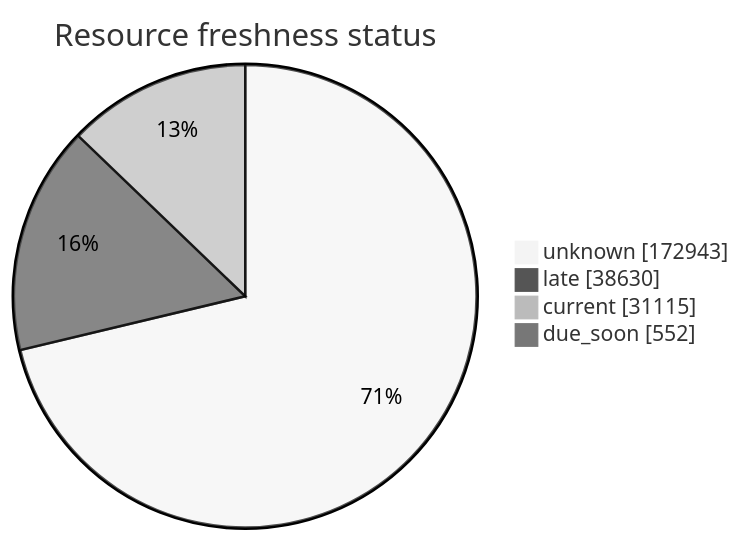
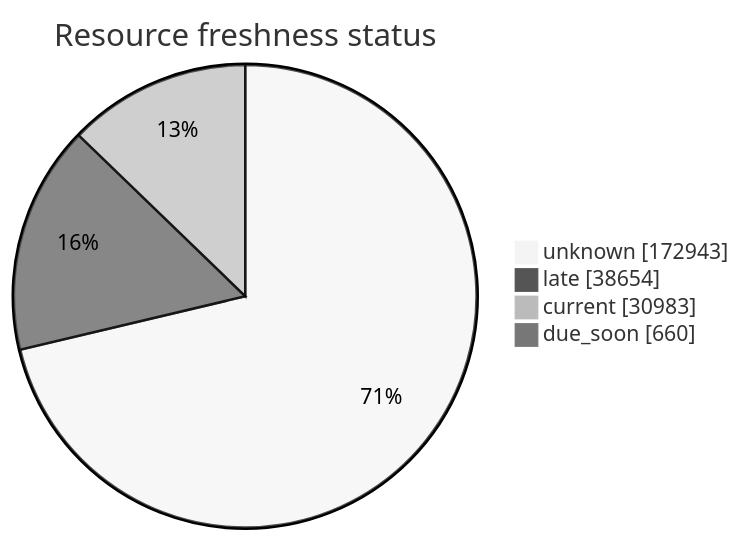
One commit to open-data/analytics-corporate-reporting changed the third of 5 diagrams in FreshCheck/README.md. Above: the diagram before and after it, drawn with Mermaid (neutral theme). The commit also changed other lines of this file and 3 other files, not shown here.

````diff
--- a/FreshCheck/README.md
+++ b/FreshCheck/README.md
@@ -77,7 +77,7 @@
 ```mermaid
 pie showData title Resource freshness status
     "unknown": 172943
-    "late": 38630
-    "current": 31115
-    "due_soon": 552
+    "late": 38654
+    "current": 30983
+    "due_soon": 660
 ```
````
